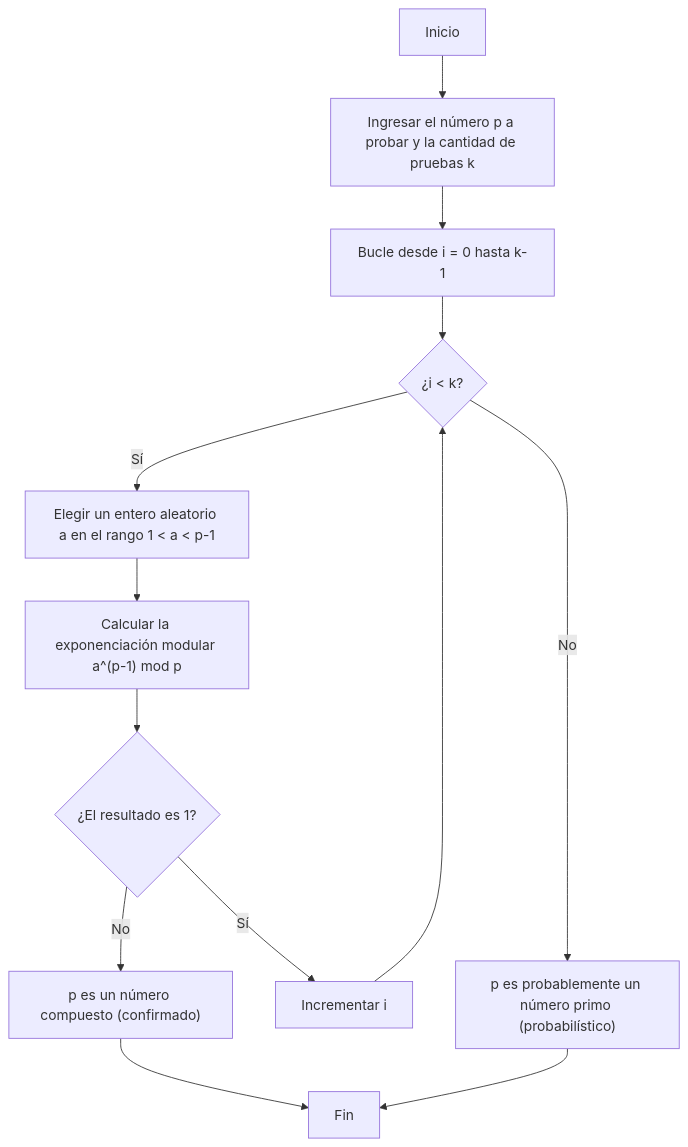
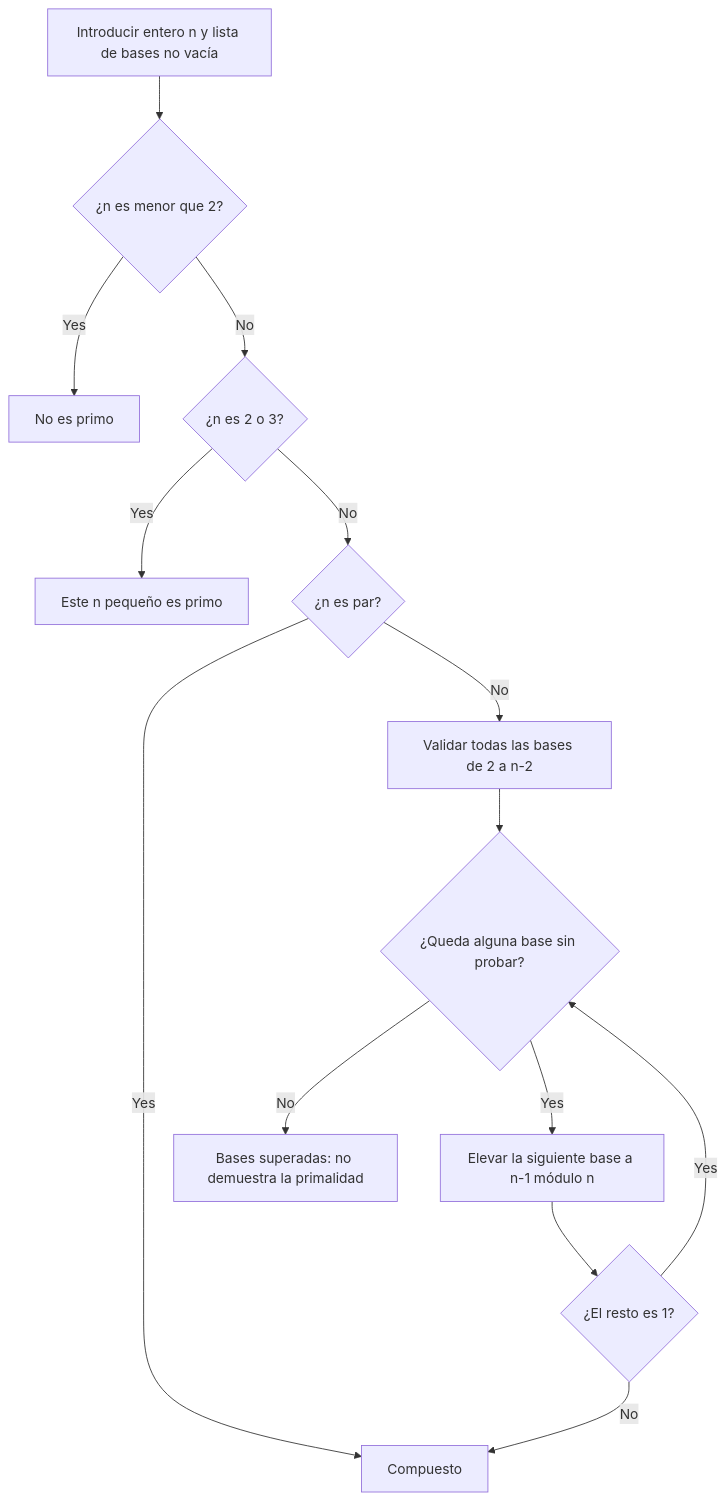
One commit to kenjinote/blog changed the first of 2 diagrams in content/post/フェルマーの小定理と暗号化/index.es.md. Above: the diagram before and after it, drawn with Mermaid. The commit also changed other lines of this file and 5 other files, not shown here.

````diff
--- a/content/post/フェルマーの小定理と暗号化/index.es.md
+++ b/content/post/フェルマーの小定理と暗号化/index.es.md
@@ -156,15 +70,16 @@
 ```mermaid
 flowchart TD
-    Start["Inicio"] --> Input["Ingresar el número p a probar y la cantidad de pruebas k"]
-    Input --> LoopStart["Bucle desde i = 0 hasta k-1"]
-    LoopStart --> Condition{"¿i < k?"}
-    Condition -- Sí --> RandomA["Elegir un entero aleatorio a en el rango 1 < a < p-1"]
-    RandomA --> Calc["Calcular la exponenciación modular a^(p-1) mod p"]
-    Calc --> CheckPrime{"¿El resultado es 1?"}
-    CheckPrime -- No --> ReturnComposite["p es un número compuesto (confirmado)"]
-    CheckPrime -- Sí --> Increment["Incrementar i"]
-    Increment --> Condition
-    Condition -- No --> ReturnPrime["p es probablemente un número primo (probabilístico)"]
-    ReturnComposite --> End["Fin"]
-    ReturnPrime --> End
+    Input["Introducir entero n y lista de bases no vacía"] --> Small{"¿n es menor que 2?"}
+    Small -- Yes --> NotPrime["No es primo"]
+    Small -- No --> Tiny{"¿n es 2 o 3?"}
+    Tiny -- Yes --> Known["Este n pequeño es primo"]
+    Tiny -- No --> Even{"¿n es par?"}
+    Even -- Yes --> Composite["Compuesto"]
+    Even -- No --> Validate["Validar todas las bases de 2 a n-2"]
+    Validate --> Next{"¿Queda alguna base sin probar?"}
+    Next -- Yes --> Power["Elevar la siguiente base a n-1 módulo n"]
+    Power --> Check{"¿El resto es 1?"}
+    Check -- No --> Composite
+    Check -- Yes --> Next
+    Next -- No --> Pass["Bases superadas: no demuestra la primalidad"]
 ```
````
